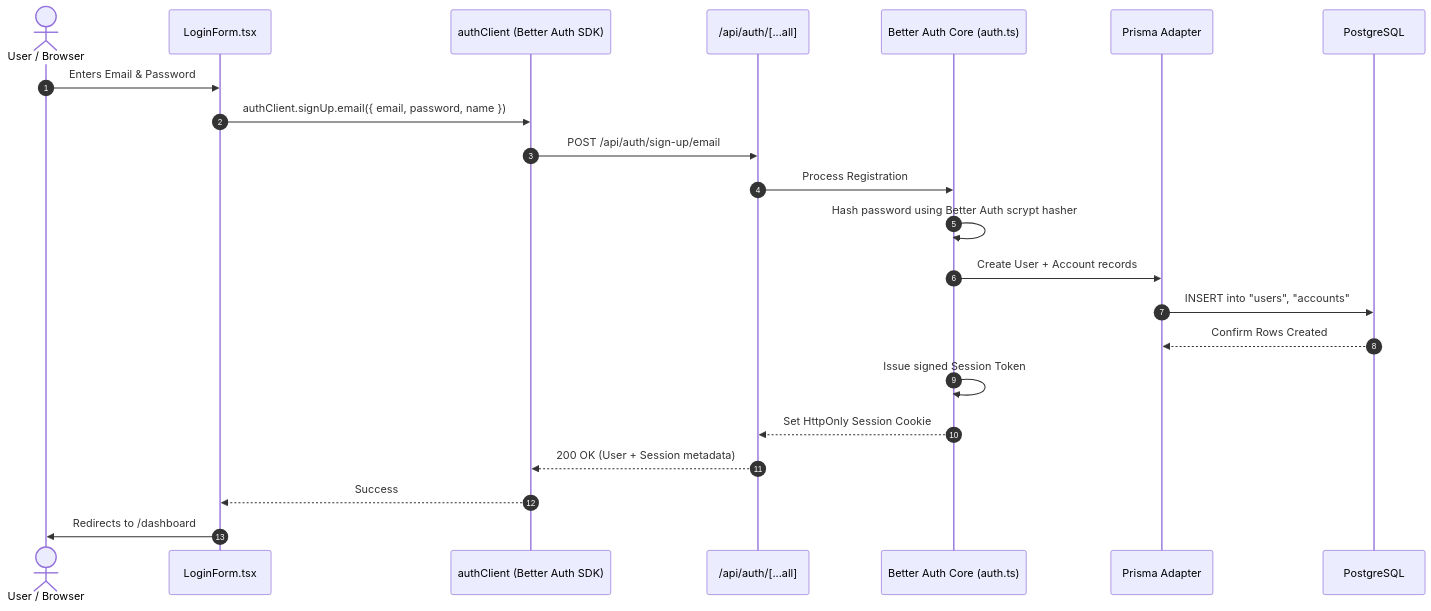
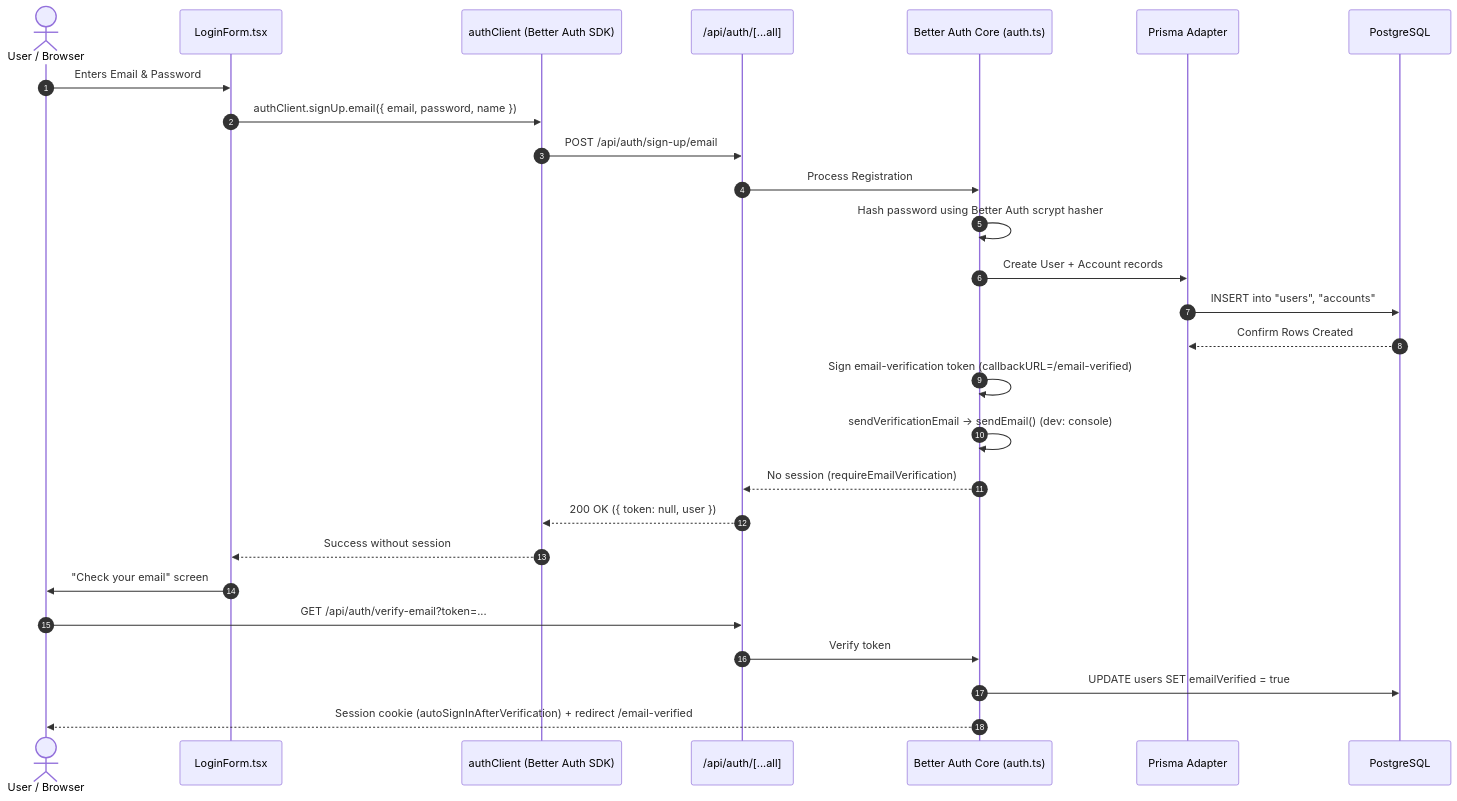
The second of 4 diagrams in ARCHITECTURE.md (rmValdez/next-betterAuth-monolith-template), drawn with Mermaid before and after one commit. The commit also changed other lines of this file and 14 other files, not shown here.

````diff
--- a/ARCHITECTURE.md
+++ b/ARCHITECTURE.md
@@ -57,25 +61,30 @@
 ```mermaid
 sequenceDiagram
     autonumber
     actor User as User / Browser
     participant LoginForm as LoginForm.tsx
     participant AuthClient as authClient (Better Auth SDK)
     participant RouteHandler as /api/auth/[...all]
     participant AuthEngine as Better Auth Core (auth.ts)
     participant Prisma as Prisma Adapter
     participant DB as PostgreSQL
 
     User->>LoginForm: Enters Email & Password
     LoginForm->>AuthClient: authClient.signUp.email({ email, password, name })
     AuthClient->>RouteHandler: POST /api/auth/sign-up/email
     RouteHandler->>AuthEngine: Process Registration
     AuthEngine->>AuthEngine: Hash password using Better Auth scrypt hasher
     AuthEngine->>Prisma: Create User + Account records
     Prisma->>DB: INSERT into "users", "accounts"
     DB-->>Prisma: Confirm Rows Created
-    AuthEngine->>AuthEngine: Issue signed Session Token
-    AuthEngine-->>RouteHandler: Set HttpOnly Session Cookie
-    RouteHandler-->>AuthClient: 200 OK (User + Session metadata)
-    AuthClient-->>LoginForm: Success
-    LoginForm->>User: Redirects to /dashboard
+    AuthEngine->>AuthEngine: Sign email-verification token (callbackURL=/email-verified)
+    AuthEngine->>AuthEngine: sendVerificationEmail → sendEmail() (dev: console)
+    AuthEngine-->>RouteHandler: No session (requireEmailVerification)
+    RouteHandler-->>AuthClient: 200 OK ({ token: null, user })
+    AuthClient-->>LoginForm: Success without session
+    LoginForm->>User: "Check your email" screen
+    User->>RouteHandler: GET /api/auth/verify-email?token=...
+    RouteHandler->>AuthEngine: Verify token
+    AuthEngine->>DB: UPDATE users SET emailVerified = true
+    AuthEngine-->>User: Session cookie (autoSignInAfterVerification) + redirect /email-verified
 ```
````
